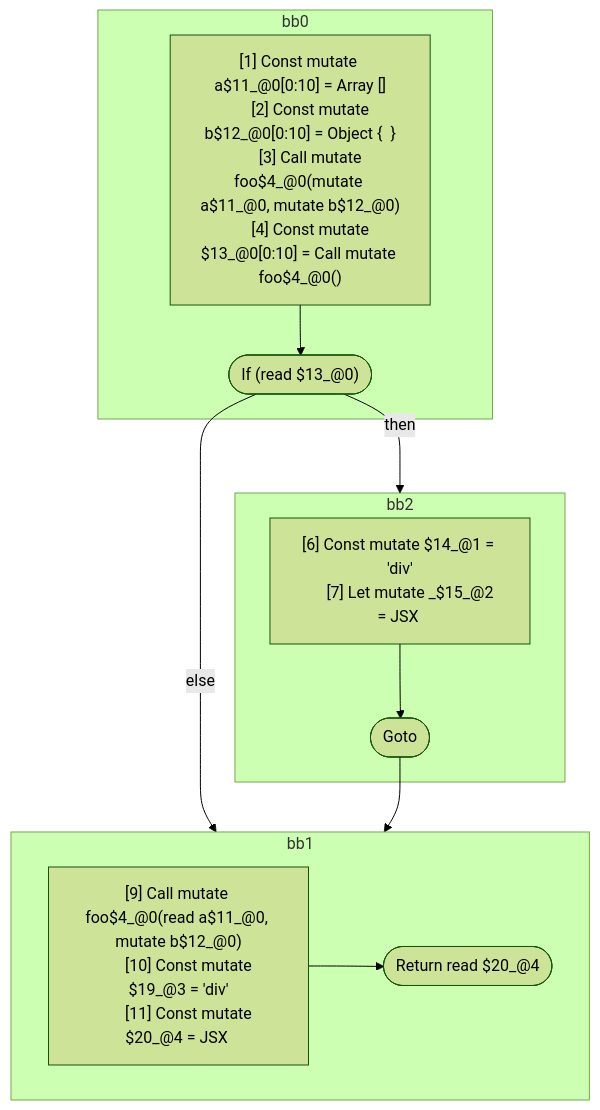
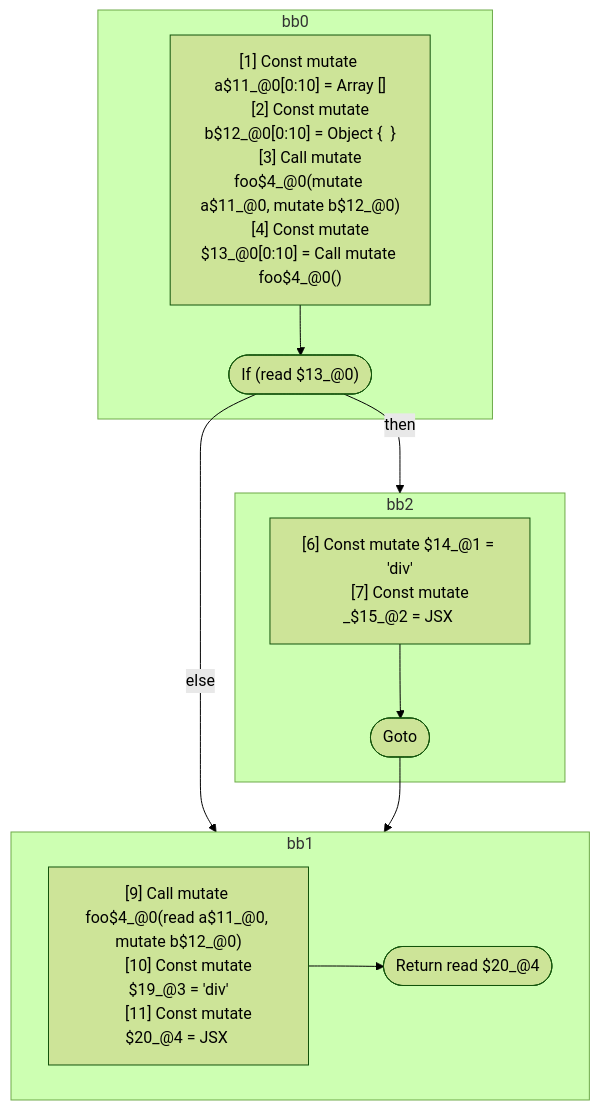
The second of 2 diagrams in compiler/forget/src/__tests__/fixtures/hir/ssa-call-jsx-2.expect.md (wutsmog/private), drawn with Mermaid (forest theme) before and after one commit. The commit also changed other lines of this file and 61 other files, not shown here.

````diff
--- a/compiler/forget/src/__tests__/fixtures/hir/ssa-call-jsx-2.expect.md
+++ b/compiler/forget/src/__tests__/fixtures/hir/ssa-call-jsx-2.expect.md
@@ -78,34 +78,34 @@
 ```mermaid
 flowchart TB
   %% Basic Blocks
   subgraph bb0
     bb0_instrs["
       [1] Const mutate a$11_@0[0:10] = Array []
       [2] Const mutate b$12_@0[0:10] = Object {  }
       [3] Call mutate foo$4_@0(mutate a$11_@0, mutate b$12_@0)
       [4] Const mutate $13_@0[0:10] = Call mutate foo$4_@0()
     "]
     bb0_instrs --> bb0_terminal(["If (read $13_@0)"])
   end
   subgraph bb2
     bb2_instrs["
       [6] Const mutate $14_@1 = 'div'
-      [7] Let mutate _$15_@2 = JSX <read $14_@1 a={freeze a$11_@0} ></read $14_@1>
+      [7] Const mutate _$15_@2 = JSX <read $14_@1 a={freeze a$11_@0} ></read $14_@1>
     "]
     bb2_instrs --> bb2_terminal(["Goto"])
   end
   subgraph bb1
     bb1_instrs["
       [9] Call mutate foo$4_@0(read a$11_@0, mutate b$12_@0)
       [10] Const mutate $19_@3 = 'div'
       [11] Const mutate $20_@4 = JSX <read $19_@3 a={freeze a$11_@0} b={freeze b$12_@0} ></read $19_@3>
     "]
     bb1_instrs --> bb1_terminal(["Return read $20_@4"])
   end
 
   %% Jumps
   bb0_terminal -- "then" --> bb2
   bb0_terminal -- "else" --> bb1
   bb2_terminal --> bb1
 
 ```
````
